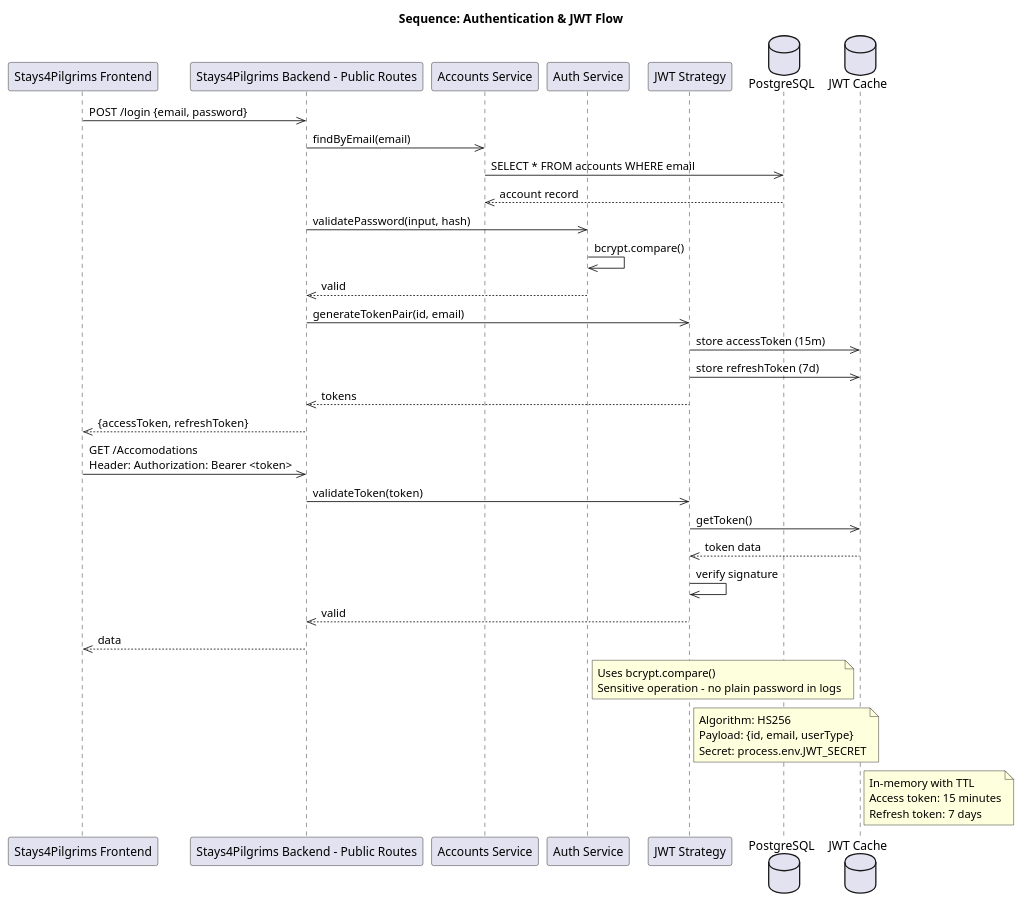
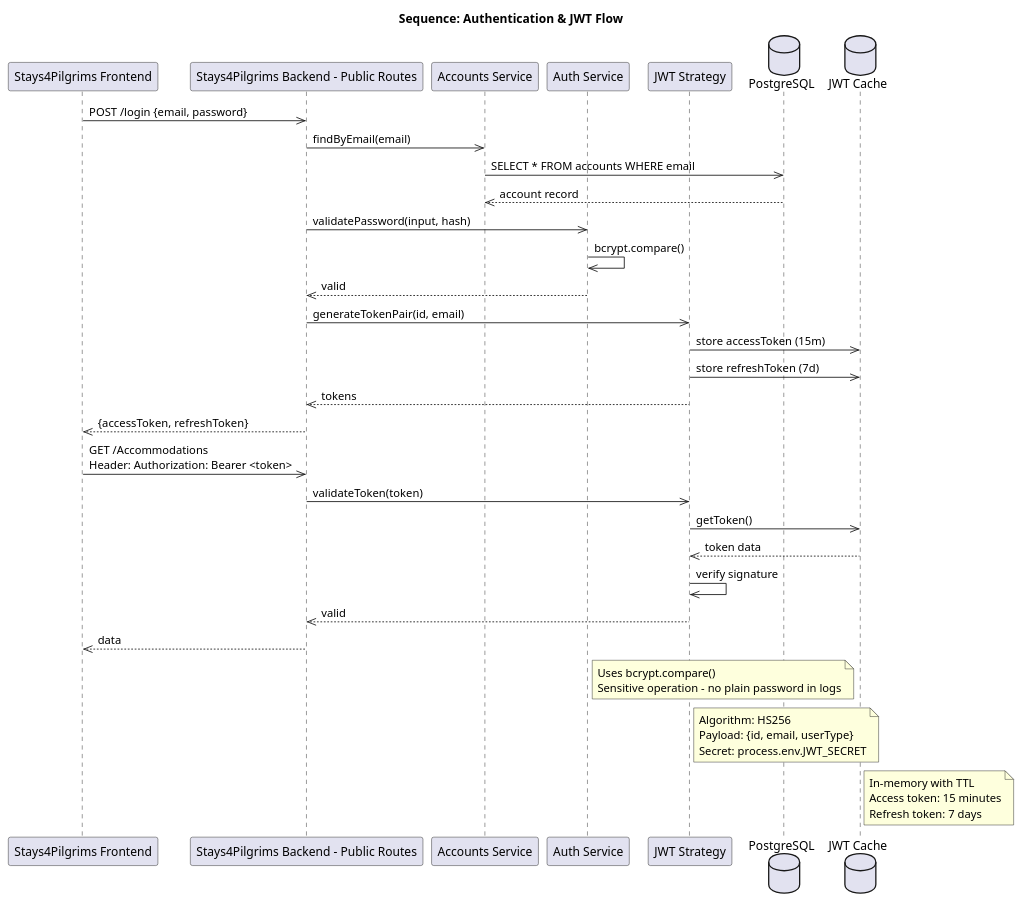
One commit to alegna83/cookbook-be changed the diagram in docs/diagrams/component-auth-sessions.puml. Above: the diagram before and after it, drawn with PlantUML. The commit also changed 14 other files, not shown here.

Commit message:
docs: update architecture diagrams and accommodation spelling

```diff
--- a/docs/diagrams/component-auth-sessions.puml
+++ b/docs/diagrams/component-auth-sessions.puml
@@ -1,50 +1,50 @@
 @startuml
 title Sequence: Authentication & JWT Flow
 
 participant "Stays4Pilgrims Frontend" as FE
 participant "Stays4Pilgrims Backend - Public Routes" as ROUTES
 participant "Accounts Service" as ACC_SVC
 participant "Auth Service" as AUTH_SVC
 participant "JWT Strategy" as JWT
 database "PostgreSQL" as DB
 database "JWT Cache" as CACHE
 
 FE ->> ROUTES: POST /login {email, password}
 ROUTES ->> ACC_SVC: findByEmail(email)
 ACC_SVC ->> DB: SELECT * FROM accounts WHERE email
 DB -->> ACC_SVC: account record
 ROUTES ->> AUTH_SVC: validatePassword(input, hash)
 AUTH_SVC ->> AUTH_SVC: bcrypt.compare()
 AUTH_SVC -->> ROUTES: valid
 ROUTES ->> JWT: generateTokenPair(id, email)
 JWT ->> CACHE: store accessToken (15m)
 JWT ->> CACHE: store refreshToken (7d)
 JWT -->> ROUTES: tokens
 ROUTES -->> FE: {accessToken, refreshToken}
 
-FE ->> ROUTES: GET /Accomodations\nHeader: Authorization: Bearer <token>
+FE ->> ROUTES: GET /Accommodations\nHeader: Authorization: Bearer <token>
 ROUTES ->> JWT: validateToken(token)
 JWT ->> CACHE: getToken()
 CACHE -->> JWT: token data
 JWT ->> JWT: verify signature
 JWT -->> ROUTES: valid
 ROUTES -->> FE: data
 
 note right of AUTH_SVC
   Uses bcrypt.compare()
   Sensitive operation - no plain password in logs
 end note
 
 note right of JWT
   Algorithm: HS256
   Payload: {id, email, userType}
   Secret: process.env.JWT_SECRET
 end note
 
 note right of CACHE
   In-memory with TTL
   Access token: 15 minutes
   Refresh token: 7 days
 end note
 
 @enduml
```
